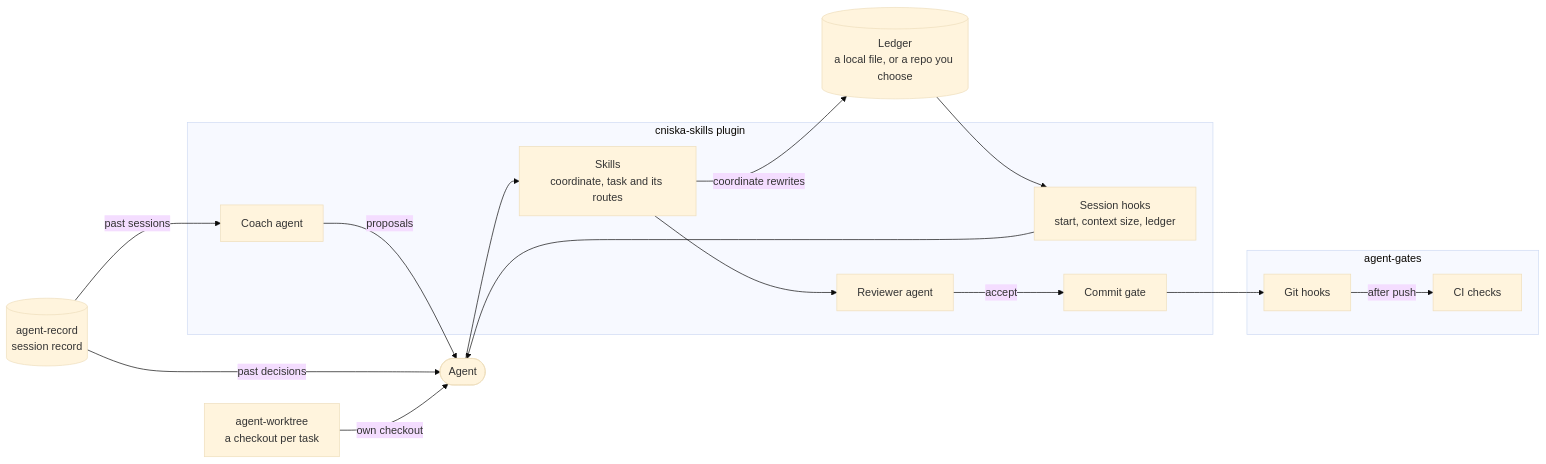
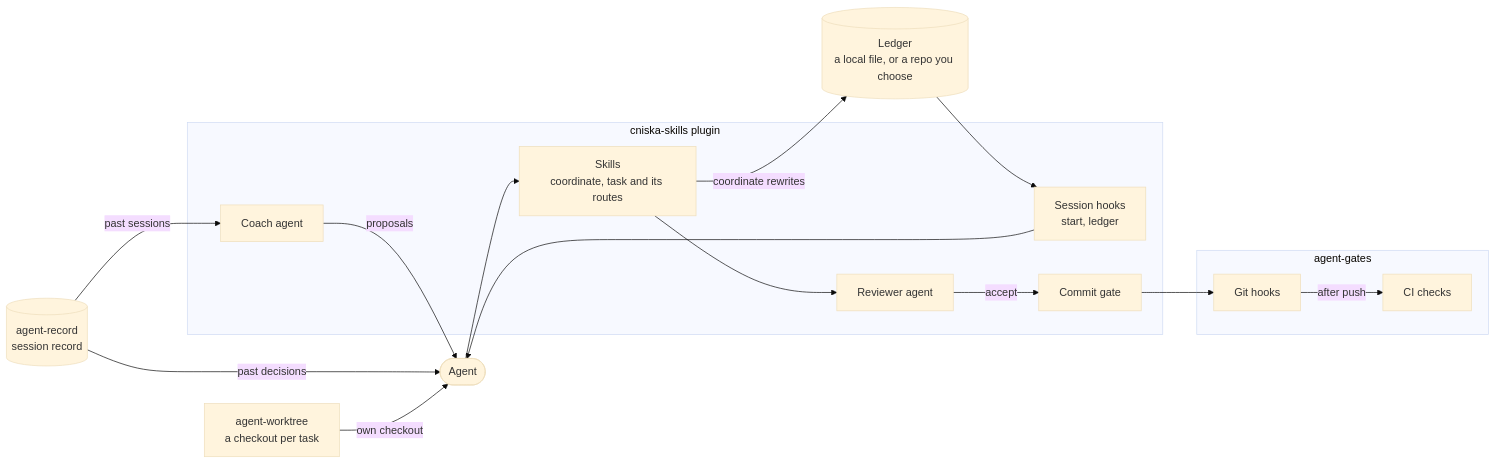
One commit to cniska/agent-skills changed the second of 3 diagrams in README.md. Above: the diagram before and after it, drawn with Mermaid (base theme). The commit also changed other lines of this file and 12 other files, not shown here.

````diff
--- a/README.md
+++ b/README.md
@@ -160,30 +157,30 @@
 ```mermaid
 flowchart LR
   rec[("agent-record<br/>session record")]
   wt["agent-worktree<br/>a checkout per task"]
   ledger[("Ledger<br/>a local file, or a repo you choose")]
   agent(["Agent"])
   subgraph S["cniska-skills plugin"]
-    hook["Session hooks<br/>start, context size, ledger"]
+    hook["Session hooks<br/>start, ledger"]
     skills["Skills<br/>coordinate, task and its routes"]
     rev["Reviewer agent"]
     gate["Commit gate"]
     coach["Coach agent"]
   end
   subgraph G["agent-gates"]
     hooks["Git hooks"]
     ci["CI checks"]
   end
   ledger --> hook
   hook --> agent
   rec -- "past decisions" --> agent
   wt -- "own checkout" --> agent
   agent --> skills
   skills -- "coordinate rewrites" --> ledger
   skills --> rev
   rev -- "accept" --> gate
   gate --> hooks
   hooks -- "after push" --> ci
   rec -- "past sessions" --> coach
   coach -- "proposals" --> agent
 ```
````
